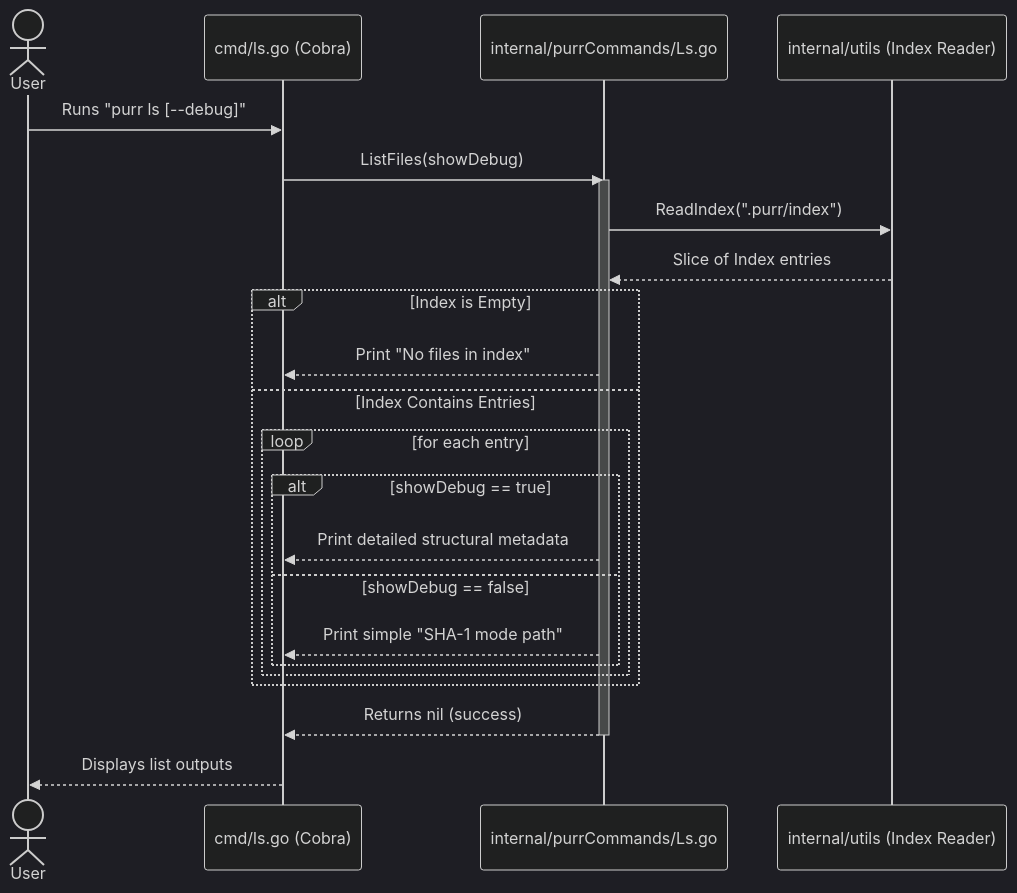
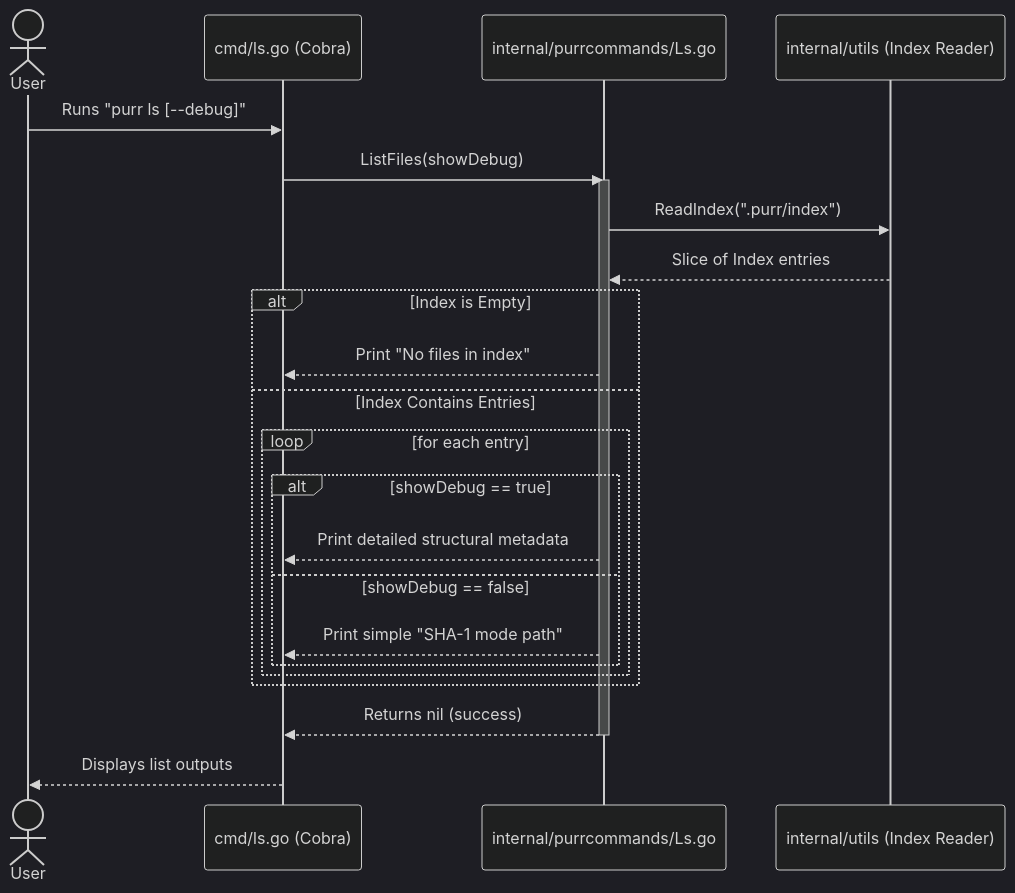
Before and after one commit to TheRealShek/persephone: the third of 6 diagrams in Docs/ARCHITECTURE.md, drawn with Mermaid (dark theme). The commit also changed other lines of this file and 36 other files, not shown here.

````diff
--- a/Docs/ARCHITECTURE.md
+++ b/Docs/ARCHITECTURE.md
@@ -295,30 +295,30 @@
 ```mermaid
 sequenceDiagram
     actor User
     participant CLI as cmd/ls.go (Cobra)
-    participant Core as internal/purrCommands/Ls.go
+    participant Core as internal/purrcommands/Ls.go
     participant Utils as internal/utils (Index Reader)
 
     User->>CLI: Runs "purr ls [--debug]"
     CLI->>Core: ListFiles(showDebug)
 
     activate Core
     Core->>Utils: ReadIndex(".purr/index")
     Utils-->>Core: Slice of Index entries
 
     alt Index is Empty
         Core-->>CLI: Print "No files in index"
     else Index Contains Entries
         loop for each entry
             alt showDebug == true
                 Core-->>CLI: Print detailed structural metadata
             else showDebug == false
                 Core-->>CLI: Print simple "SHA-1  mode  path"
             end
         end
     end
 
     Core-->>CLI: Returns nil (success)
     deactivate Core
     CLI-->>User: Displays list outputs
 ```
````
